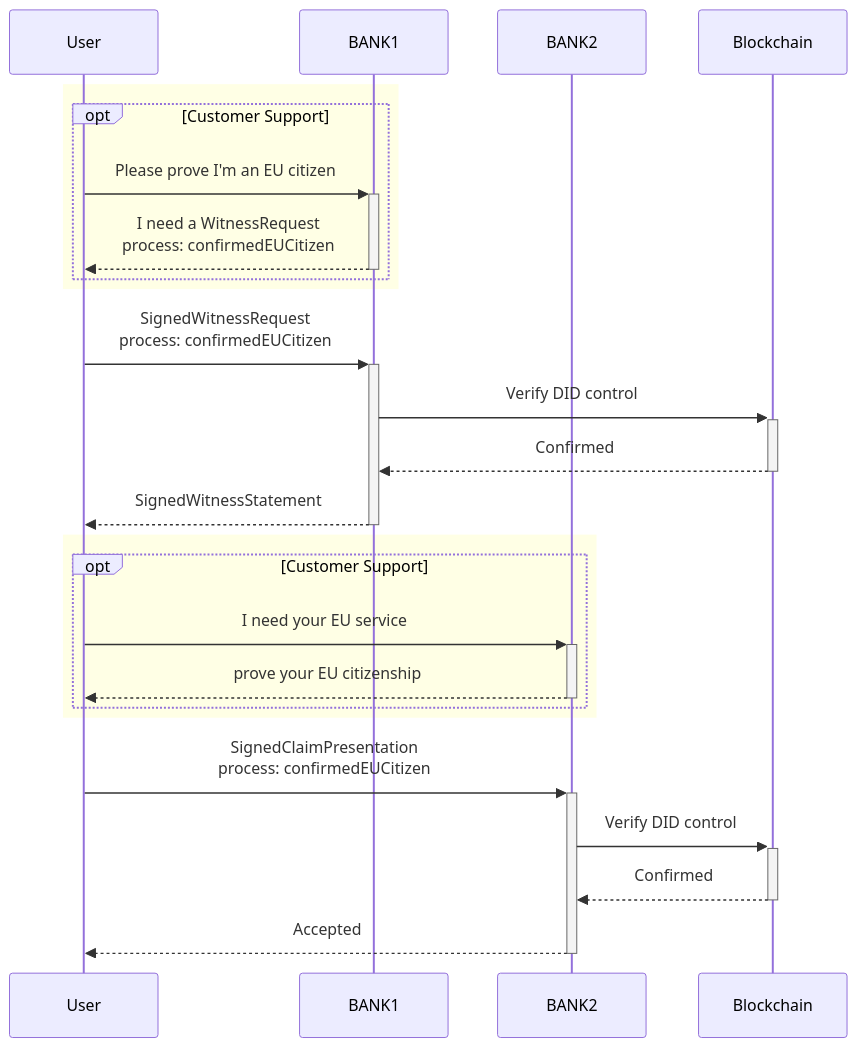
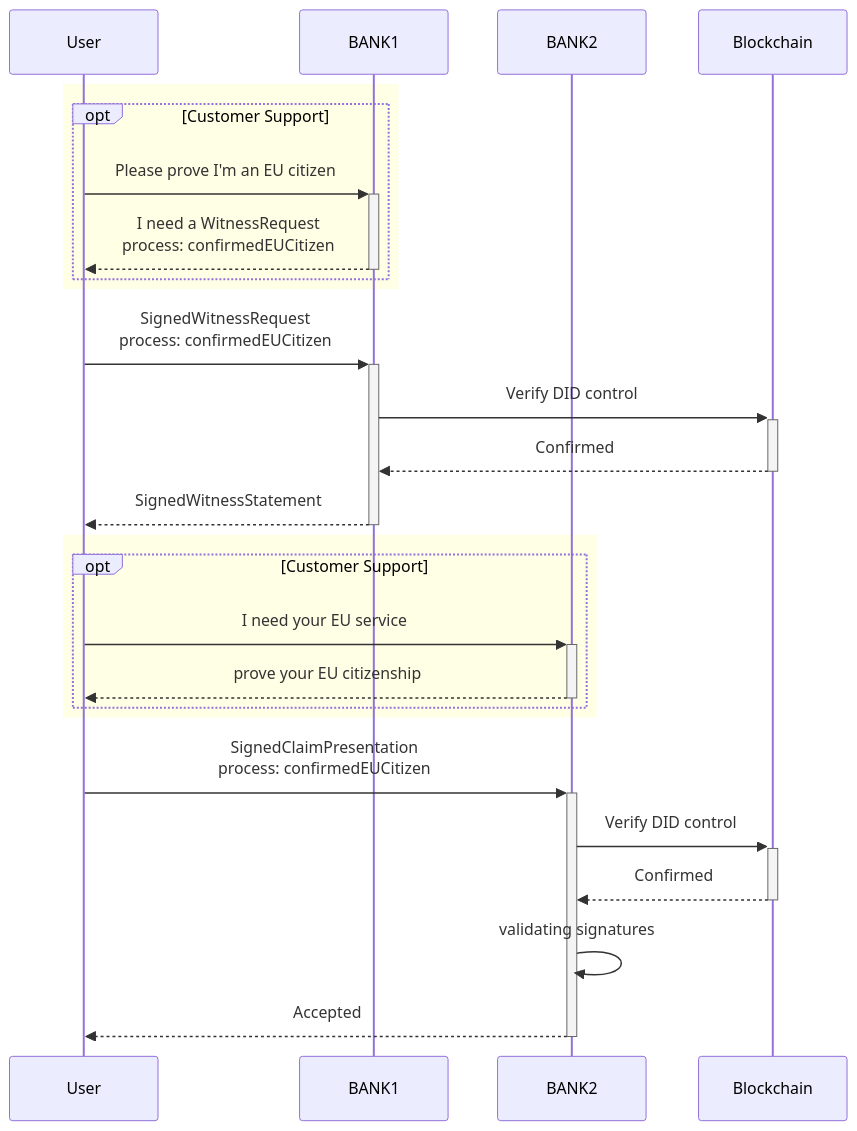
The first of 2 diagrams in usecases/kyc.md (HydraMeshnet/developer-portal), drawn with Mermaid before and after one commit. The commit also changed other lines of this file, not shown here.

````diff
--- a/usecases/kyc.md
+++ b/usecases/kyc.md
@@ -35,31 +26,32 @@
 ```mermaid
 sequenceDiagram
   participant User
   participant BANK1
   participant BANK2
   participant Blockchain
   
   rect rgba(255, 255, 0, .1)
   opt Customer Support
   User ->> +BANK1: Please prove I'm an EU citizen
   BANK1 -->> -User: I need a WitnessRequest<br/>process: confirmedEUCitizen
   end
   end
   
   User ->> +BANK1: SignedWitnessRequest<br/>process: confirmedEUCitizen
   BANK1 ->> +Blockchain: Verify DID control
   Blockchain -->> -BANK1: Confirmed
   BANK1 -->> -User: SignedWitnessStatement 
   
   rect rgba(255, 255, 0, .1)
   opt Customer Support
   User ->> +BANK2: I need your EU service
   BANK2 -->> -User: prove your EU citizenship
   end
   end
   
   User ->> +BANK2: SignedClaimPresentation<br>process: confirmedEUCitizen
   BANK2 ->> +Blockchain: Verify DID control
   Blockchain -->> -BANK2: Confirmed
+  BANK2 ->> BANK2: validating signatures
   BANK2 -->> -User: Accepted
 ```
````
